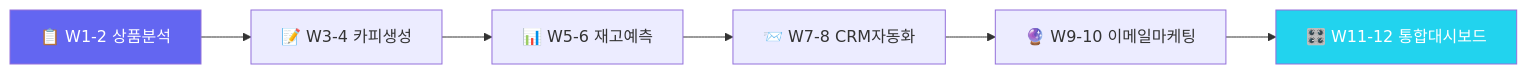
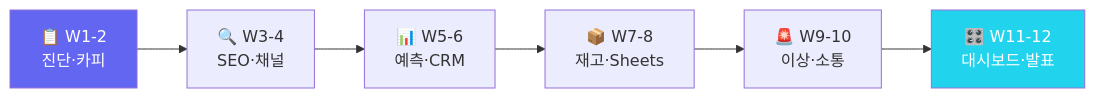
Before and after one commit to Reasonofmoon/hexa-3: the diagram in README.md, drawn with Mermaid. The commit also changed other lines of this file, not shown here.

````diff
--- a/README.md
+++ b/README.md
@@ -37,11 +35,8 @@
 ```mermaid
 graph LR
-    A[📋 W1-2 상품분석] --> B[📝 W3-4 카피생성]
-    B --> C[📊 W5-6 재고예측]
-    C --> D[📨 W7-8 CRM자동화]
-    D --> E[🔮 W9-10 이메일마케팅]
-    E --> F[🎛️ W11-12 통합대시보드]
-    
+    A[📋 W1-2<br>진단·카피] --> B[🔍 W3-4<br>SEO·채널]
+    B --> C[📊 W5-6<br>예측·CRM] --> D[📦 W7-8<br>재고·Sheets]
+    D --> E[🚨 W9-10<br>이상·소통] --> F[🎛️ W11-12<br>대시보드·발표]
     style A fill:#6366f1,color:#fff
     style F fill:#22d3ee,color:#fff
 ```
````
